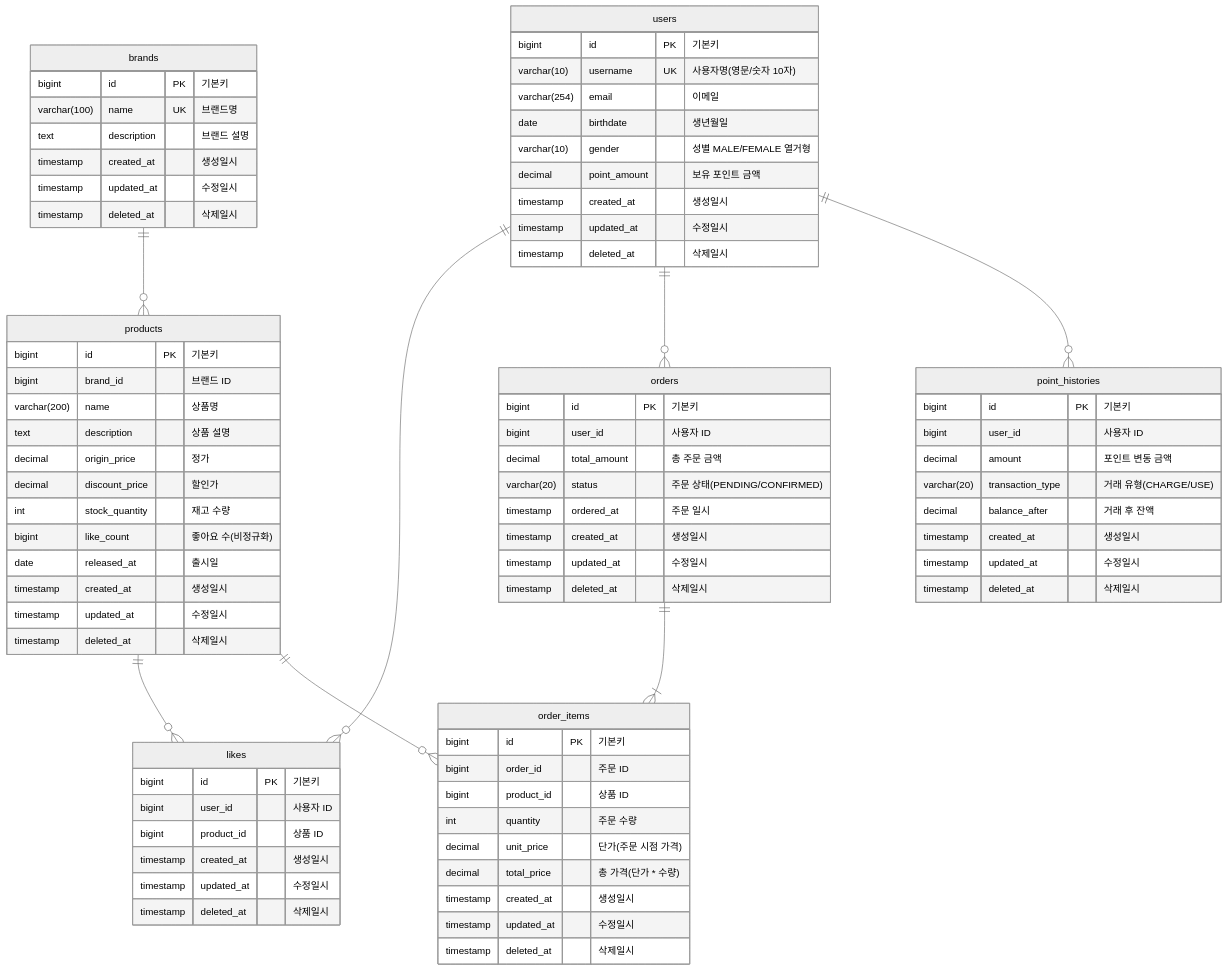
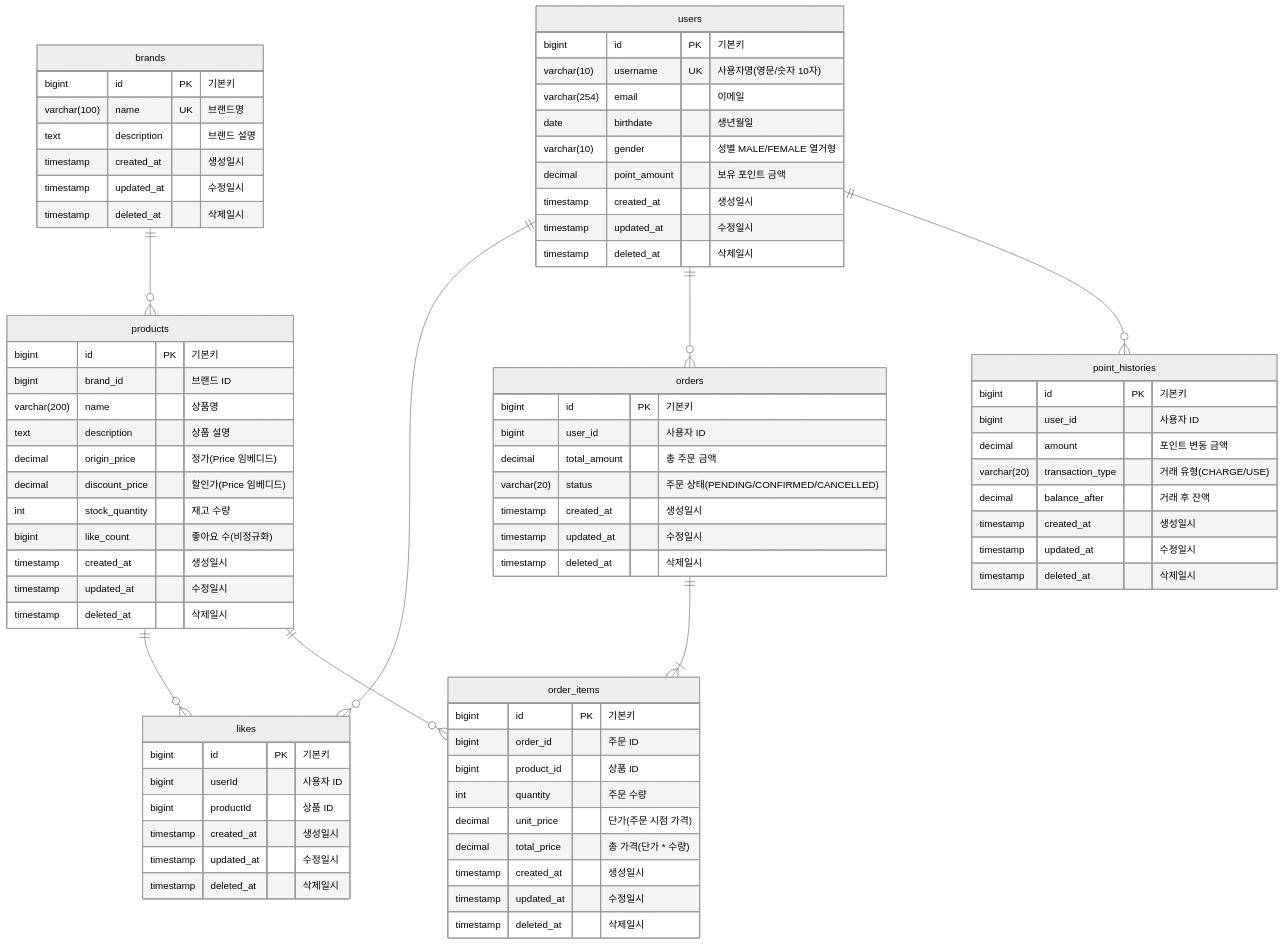
Before and after one commit to hyujikoh/loopers-spring-java-template: the diagram in docs/week2/04-erd.md, drawn with Mermaid (neutral theme). The commit also changed other lines of this file and 2 other files, not shown here.

```diff
--- a/docs/week2/04-erd.md
+++ b/docs/week2/04-erd.md
@@ -44,11 +44,10 @@
         bigint brand_id "브랜드 ID"
         varchar(200) name "상품명"
         text description "상품 설명"
-        decimal origin_price "정가"
-        decimal discount_price "할인가"
+        decimal origin_price "정가(Price 임베디드)"
+        decimal discount_price "할인가(Price 임베디드)"
         int stock_quantity "재고 수량"
         bigint like_count "좋아요 수(비정규화)"
-        date released_at "출시일"
         timestamp created_at "생성일시"
         timestamp updated_at "수정일시"
         timestamp deleted_at "삭제일시"
@@ -56,8 +55,8 @@
 
     likes {
         bigint id PK "기본키"
-        bigint user_id "사용자 ID"
-        bigint product_id "상품 ID"
+        bigint userId "사용자 ID"
+        bigint productId "상품 ID"
         timestamp created_at "생성일시"
         timestamp updated_at "수정일시"
         timestamp deleted_at "삭제일시"
@@ -67,8 +66,7 @@
         bigint id PK "기본키"
         bigint user_id "사용자 ID"
         decimal total_amount "총 주문 금액"
-        varchar(20) status "주문 상태(PENDING/CONFIRMED)"
-        timestamp ordered_at "주문 일시"
+        varchar(20) status "주문 상태(PENDING/CONFIRMED/CANCELLED)"
         timestamp created_at "생성일시"
         timestamp updated_at "수정일시"
         timestamp deleted_at "삭제일시"
```
